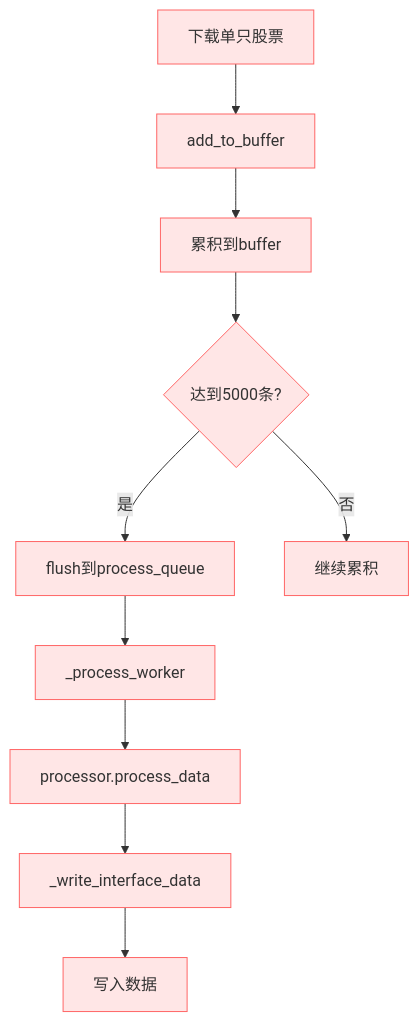
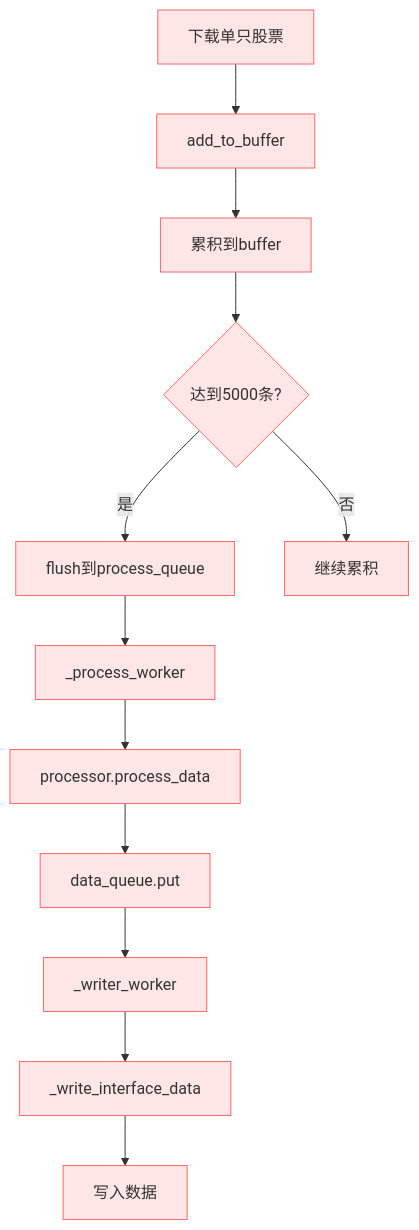
Before and after one commit to k2o333/quantaalpha: diagram 15 of 16 in p/main_to_interface_flow.md, drawn with Mermaid. The commit also changed other lines of this file and 3 other files, not shown here.

````diff
--- a/p/main_to_interface_flow.md
+++ b/p/main_to_interface_flow.md
@@ -307,23 +361,27 @@
 ```mermaid
 graph TD
     A[下载单只股票] --> B[add_to_buffer]
     B --> C[累积到buffer]
     C --> D{达到5000条?}
     D -->|是| E[flush到process_queue]
     D -->|否| F[继续累积]
     E --> G[_process_worker]
     G --> H[processor.process_data]
-    H --> I[_write_interface_data]
-    I --> J[写入数据]
+    H --> I[data_queue.put]
+    I --> J[_writer_worker]
+    J --> K[_write_interface_data]
+    K --> L[写入数据]
     
     style A fill:#ffe6e6,stroke:#ff6666
     style B fill:#ffe6e6,stroke:#ff6666
     style C fill:#ffe6e6,stroke:#ff6666
     style D fill:#ffe6e6,stroke:#ff6666
     style E fill:#ffe6e6,stroke:#ff6666
     style F fill:#ffe6e6,stroke:#ff6666
     style G fill:#ffe6e6,stroke:#ff6666
     style H fill:#ffe6e6,stroke:#ff6666
     style I fill:#ffe6e6,stroke:#ff6666
     style J fill:#ffe6e6,stroke:#ff6666
+    style K fill:#ffe6e6,stroke:#ff6666
+    style L fill:#ffe6e6,stroke:#ff6666
 ```
````
